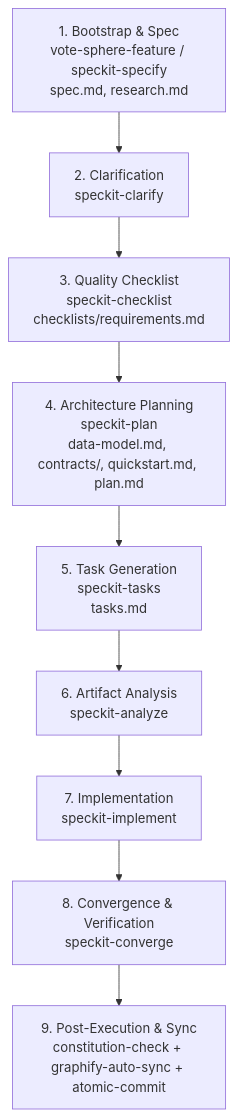
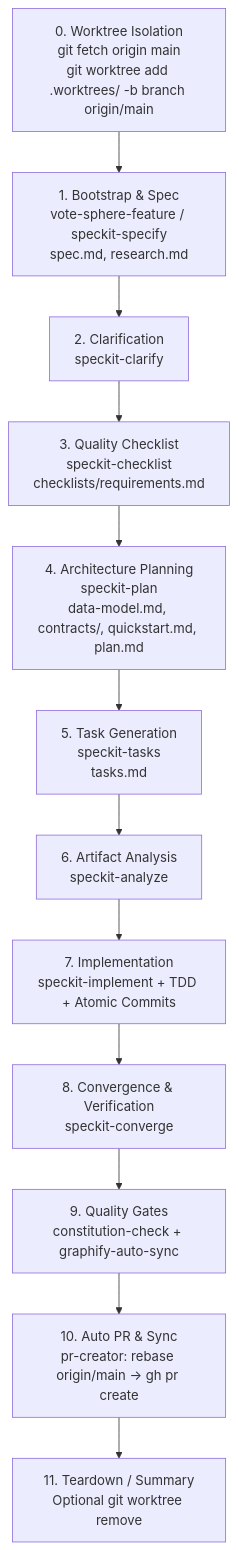
The diagram in .agents/skills/speckit-workflow/SKILL.md (roselletabuena/electa-fullstack), drawn with Mermaid before and after one commit. The commit also changed other lines of this file, not shown here.

Commit message:
feat(speckit): add worktree isolation on latest main and auto-pr to speckit-workflow skill

````diff
--- a/.agents/skills/speckit-workflow/SKILL.md
+++ b/.agents/skills/speckit-workflow/SKILL.md
@@ -15,11 +15,14 @@
 ```mermaid
 flowchart TD
-    A[1. Bootstrap & Spec\nvote-sphere-feature / speckit-specify\nspec.md, research.md] --> B[2. Clarification\nspeckit-clarify]
+    W0[0. Worktree Isolation\ngit fetch origin main\ngit worktree add .worktrees/<slug> -b branch origin/main] --> A[1. Bootstrap & Spec\nvote-sphere-feature / speckit-specify\nspec.md, research.md]
+    A --> B[2. Clarification\nspeckit-clarify]
     B --> C[3. Quality Checklist\nspeckit-checklist\nchecklists/requirements.md]
     C --> D[4. Architecture Planning\nspeckit-plan\ndata-model.md, contracts/, quickstart.md, plan.md]
     D --> E[5. Task Generation\nspeckit-tasks\ntasks.md]
     E --> F[6. Artifact Analysis\nspeckit-analyze]
-    F --> G[7. Implementation\nspeckit-implement]
+    F --> G[7. Implementation\nspeckit-implement + TDD + Atomic Commits]
     G --> H[8. Convergence & Verification\nspeckit-converge]
-    H --> I[9. Post-Execution & Sync\nconstitution-check + graphify-auto-sync + atomic-commit]
+    H --> I[9. Quality Gates\nconstitution-check + graphify-auto-sync]
+    I --> J[10. Auto PR & Sync\npr-creator: rebase origin/main -> gh pr create]
+    J --> K[11. Teardown / Summary\nOptional git worktree remove]
 ```
````
